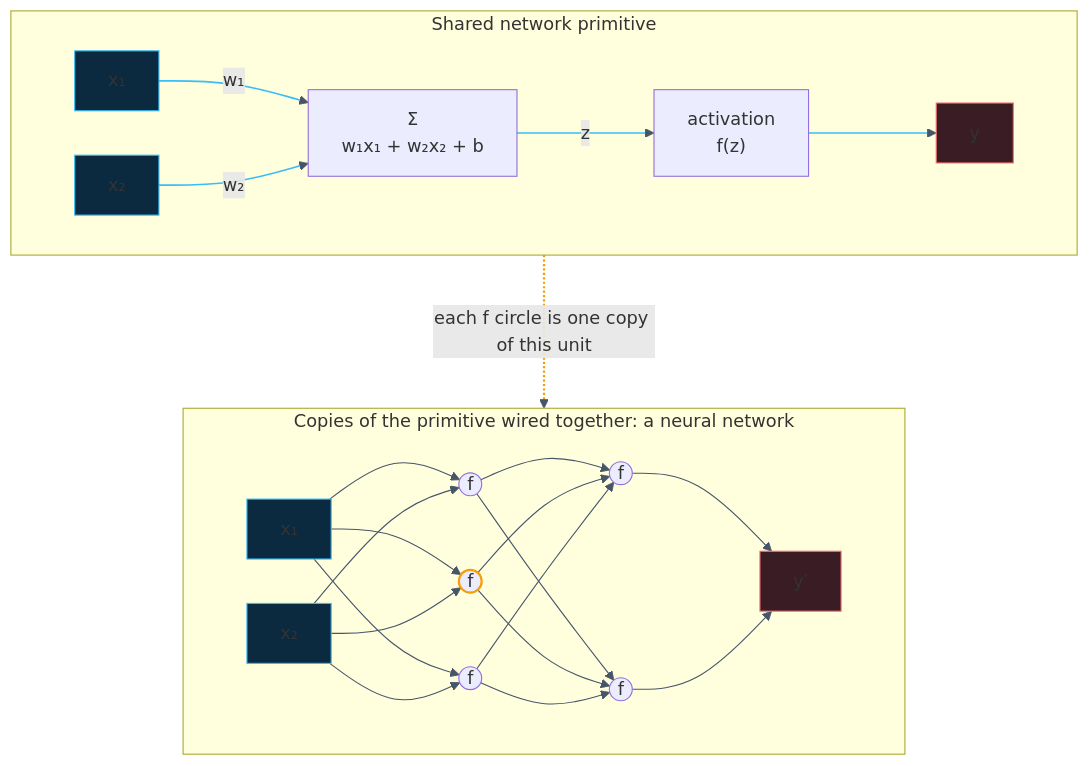
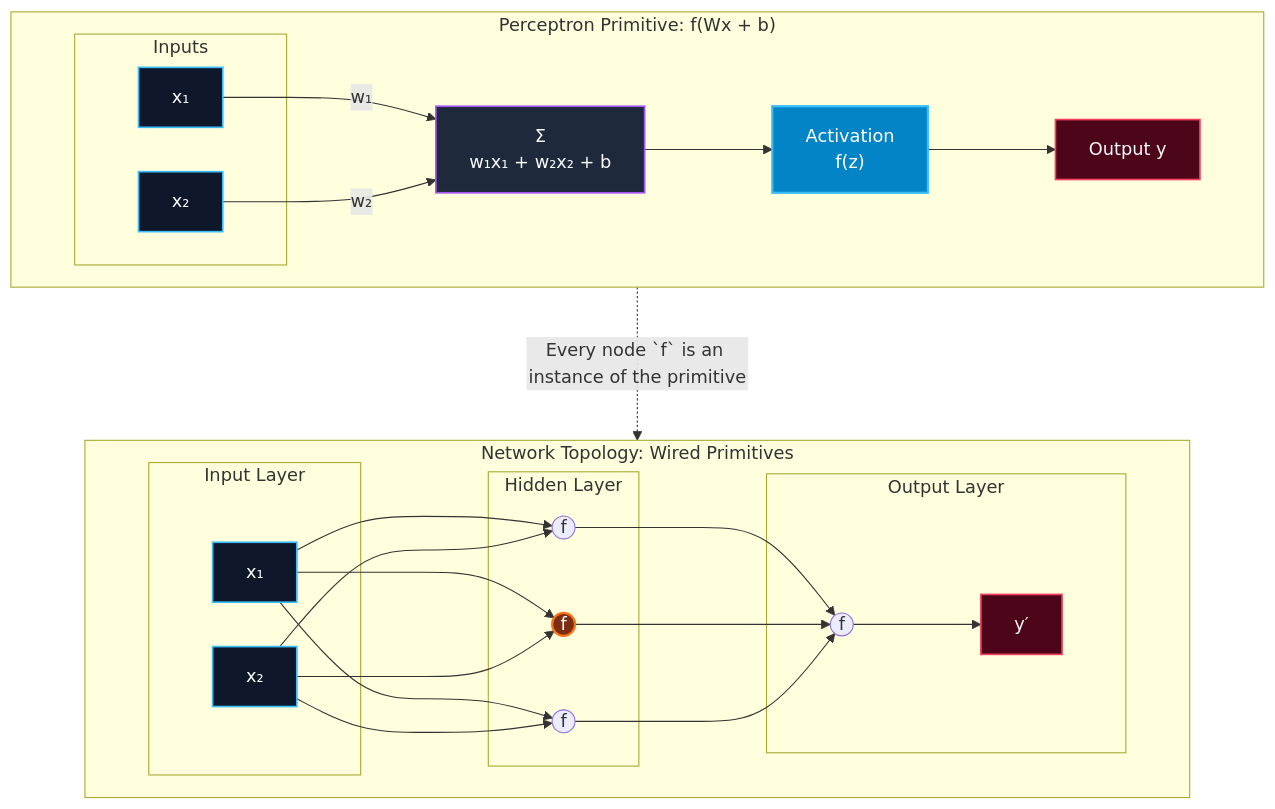
One commit to namtiw/namtiw.github.io changed the first of 5 diagrams in _posts/2026-05-02-attention.md. Above: the diagram before and after it, drawn with Mermaid. The commit also changed other lines of this file, not shown here.

Commit message:
diagram improvement and add Optimiser intro

```diff
--- a/_posts/2026-05-02-attention.md
+++ b/_posts/2026-05-02-attention.md
@@ -13,31 +13,53 @@
 <pre class="mermaid">
 %%{init: {"flowchart": {"nodeSpacing": 40, "rankSpacing": 90}}}%%
-flowchart TB
-  subgraph PRIM["Shared network primitive"]
+flowchart TB 
+  subgraph PRIM["Perceptron Primitive: f(Wx + b)"]
     direction LR
-    X1["x₁"] -- "w₁" --> S["Σ<br/>w₁x₁ + w₂x₂ + b"]
-    X2["x₂"] -- "w₂" --> S
-    S -- "z" --> F["activation<br/>f(z)"]
-    F --> Y["y"]
+    subgraph INP1["Inputs"]
+      X1["x₁"]
+      X2["x₂"]
+    end
+    SUM["Σ<br/>w₁x₁ + w₂x₂ + b"]
+    ACT["Activation<br/>f(z)"]
+    Y1["Output y"]
+
+    X1 -- "w₁" --> SUM
+    X2 -- "w₂" --> SUM
+    SUM --> ACT --> Y1
   end
-  subgraph NET["Copies of the primitive wired together: a neural network"]
+
+  subgraph NET["Network Topology: Wired Primitives"]
     direction LR
-    I1["x₁"] --> A1 & A2 & A3
-    I2["x₂"] --> A1 & A2 & A3
-    A1(("f")) --> B1 & B2
-    A2(("f")) --> B1 & B2
-    A3(("f")) --> B1 & B2
-    B1(("f")) --> O["y′"]
-    B2(("f")) --> O
+    subgraph INP2["Input Layer"]
+      I1["x₁"]
+      I2["x₂"]
+    end
+    subgraph HID["Hidden Layer"]
+      H1(("f"))
+      H2(("f"))
+      H3(("f"))
+    end
+    subgraph OUT["Output Layer"]
+      O1(("f"))
+      O2["y′"]
+    end
+
+    I1 --> H1 & H2 & H3
+    I2 --> H1 & H2 & H3
+    H1 & H2 & H3 --> O1 --> O2
   end
-  PRIM -. "each f circle is one copy of this unit" .-> A2
-  classDef focus stroke:#F59E0B,stroke-width:2px
-  class A2 focus
-  classDef inp fill:#0C2A3F,stroke:#38BDF8
-  classDef outp fill:#3A1D24,stroke:#F87171
-  class X1,X2,I1,I2 inp
-  class Y,O outp
-  linkStyle default stroke:#475569,stroke-width:1px
-  linkStyle 0,1,2,3 stroke:#38BDF8,stroke-width:1.5px
-  linkStyle 18 stroke:#F59E0B,stroke-width:2px
+
+  PRIM -. "Every node `f` is an instance of the primitive" .-> H2
+
+  classDef input fill:#0f172a,stroke:#38bdf8,stroke-width:1.5px,color:#f8fafc
+  classDef math fill:#1e293b,stroke:#a855f7,stroke-width:1.5px,color:#f8fafc
+  classDef active fill:#0284c7,stroke:#38bdf8,stroke-width:2px,color:#ffffff
+  classDef focus fill:#7c2d12,stroke:#f97316,stroke-width:2px,color:#ffffff
+  classDef output fill:#4c0519,stroke:#f43f5e,stroke-width:1.5px,color:#f8fafc
+
+  class X1,X2,I1,I2 input
+  class SUM math
+  class ACT active
+  class H2 focus
+  class Y1,O2 output
 </pre>
```
